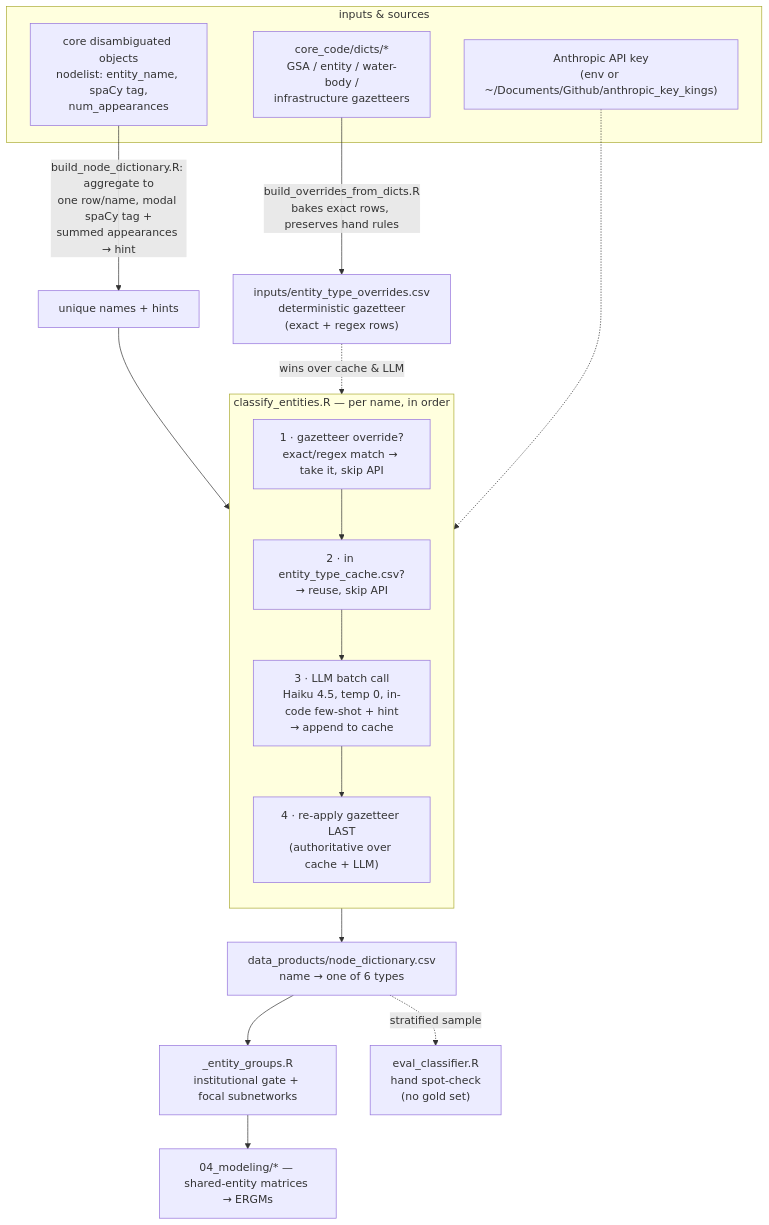
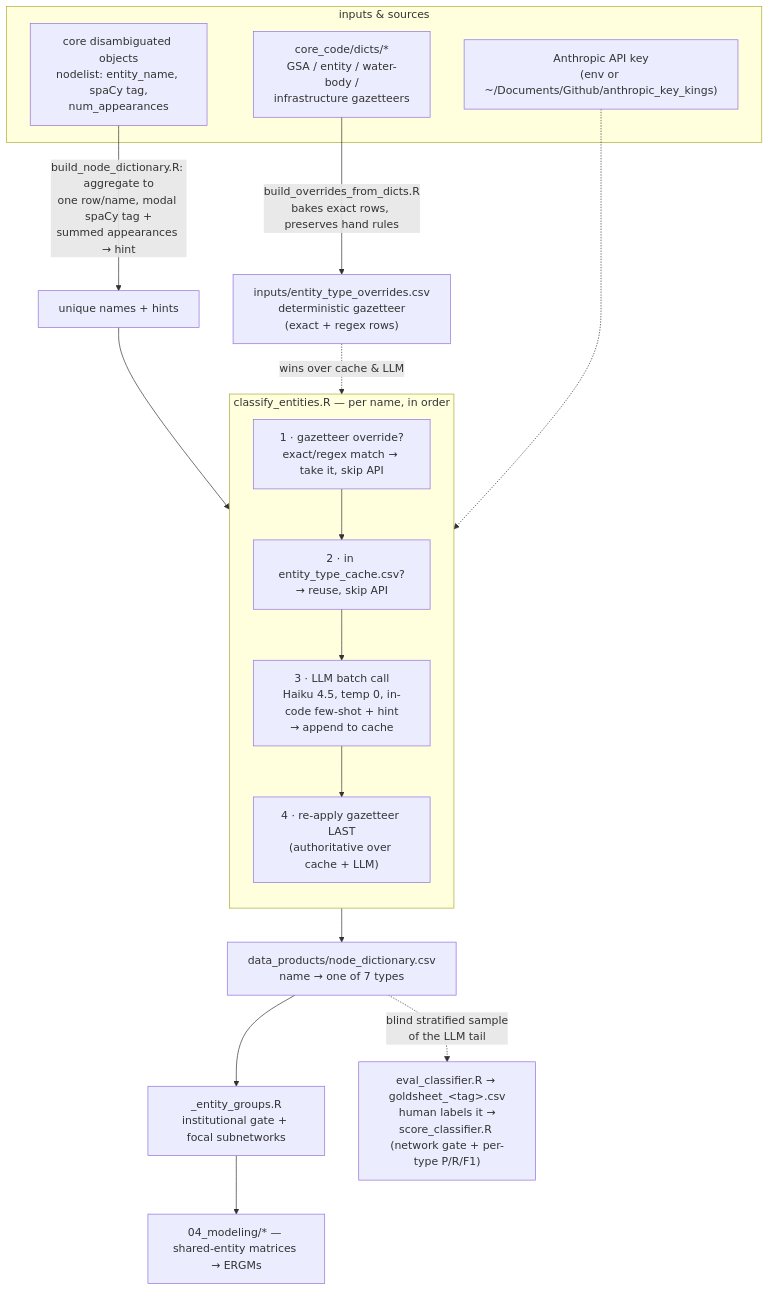
Before and after one commit to ucd-cepb/kings: the diagram in Network_Innovation_Paper/Code/01_entity_classification/ENTITY_TAGGING.md, drawn with Mermaid. The commit also changed other lines of this file and 13 other files, not shown here.

````diff
--- a/Network_Innovation_Paper/Code/01_entity_classification/ENTITY_TAGGING.md
+++ b/Network_Innovation_Paper/Code/01_entity_classification/ENTITY_TAGGING.md
@@ -45,33 +57,33 @@
 ```mermaid
 flowchart TD
     subgraph inputs["inputs & sources"]
         core["core disambiguated objects<br/>nodelist: entity_name, spaCy tag,<br/>num_appearances"]
         dicts["core_code/dicts/*<br/>GSA / entity / water-body /<br/>infrastructure gazetteers"]
         key["Anthropic API key<br/>(env or ~/Documents/Github/anthropic_key_kings)"]
     end
 
     dicts -->|build_overrides_from_dicts.R<br/>bakes exact rows, preserves hand rules| ov
     ov["inputs/entity_type_overrides.csv<br/>deterministic gazetteer<br/>(exact + regex rows)"]
 
     core -->|build_node_dictionary.R: aggregate to<br/>one row/name, modal spaCy tag +<br/>summed appearances → hint| agg["unique names + hints"]
 
     agg --> clf
 
     subgraph clf["classify_entities.R — per name, in order"]
         direction TB
         step1["1 · gazetteer override?<br/>exact/regex match → take it, skip API"]
         step2["2 · in entity_type_cache.csv?<br/>→ reuse, skip API"]
         step3["3 · LLM batch call<br/>Haiku 4.5, temp 0, in-code few-shot + hint<br/>→ append to cache"]
         step4["4 · re-apply gazetteer LAST<br/>(authoritative over cache + LLM)"]
         step1 --> step2 --> step3 --> step4
     end
 
     ov -.->|wins over cache & LLM| clf
     key -.-> clf
 
-    clf --> nd["data_products/node_dictionary.csv<br/>name → one of 6 types"]
+    clf --> nd["data_products/node_dictionary.csv<br/>name → one of 7 types"]
     nd --> groups["_entity_groups.R<br/>institutional gate + focal subnetworks"]
     groups --> model["04_modeling/* — shared-entity matrices → ERGMs"]
 
-    nd -.->|stratified sample| eval["eval_classifier.R<br/>hand spot-check<br/>(no gold set)"]
+    nd -.->|blind stratified sample<br/>of the LLM tail| eval["eval_classifier.R → goldsheet_&lt;tag&gt;.csv<br/>human labels it →<br/>score_classifier.R (network gate + per-type P/R/F1)"]
 ```
````
